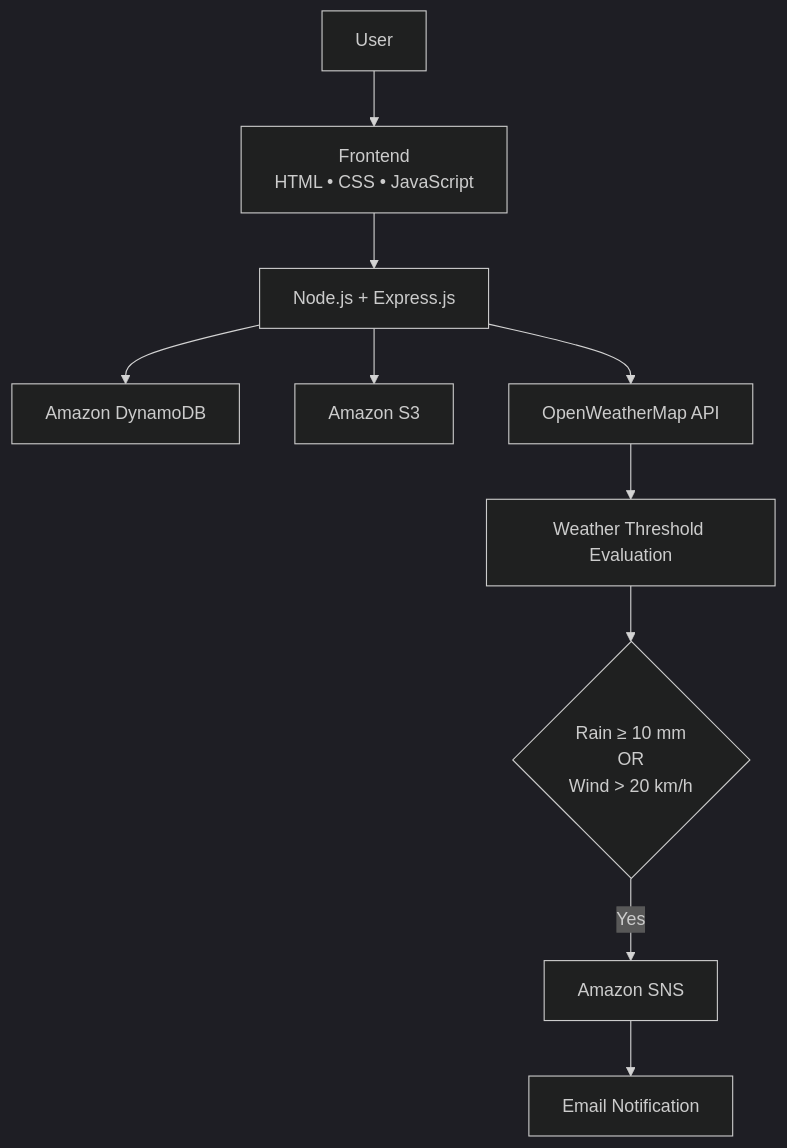
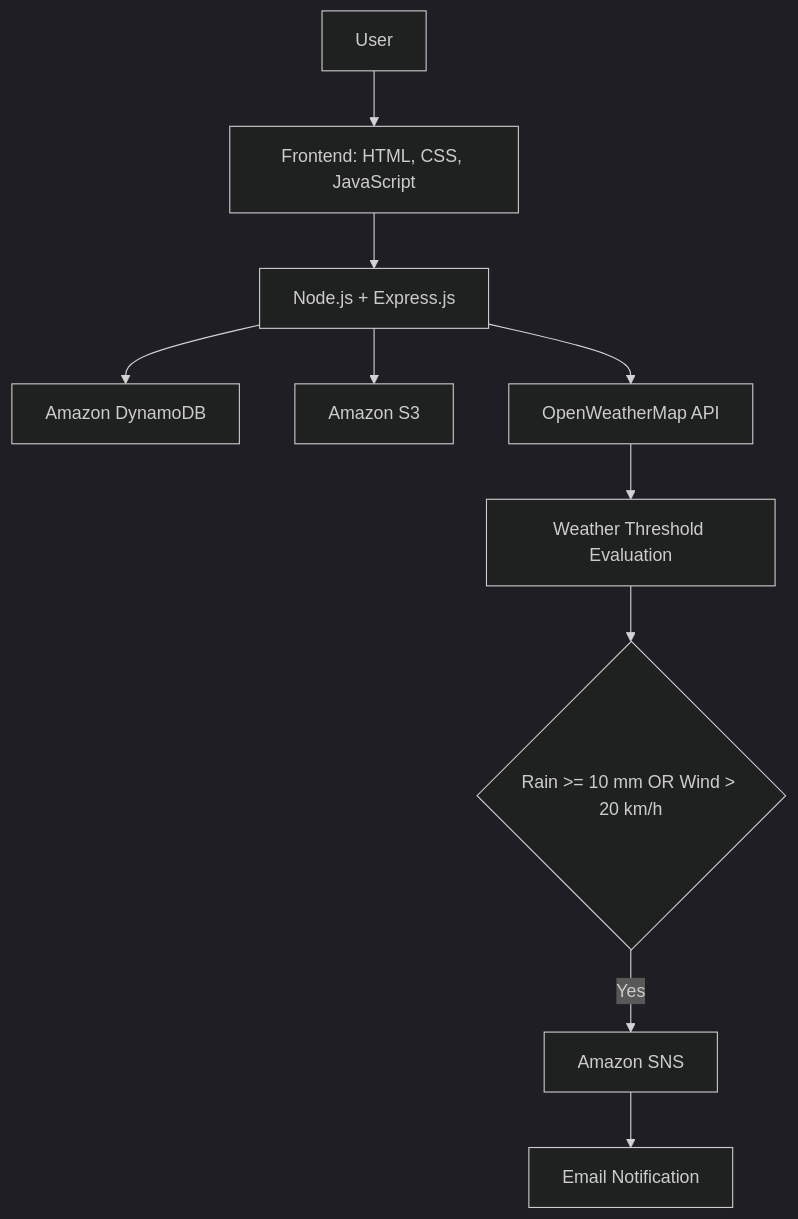
The diagram in README.md (AyushiSahai/Disaster-Alert-System), drawn with Mermaid (dark theme) before and after one commit.

````diff
--- a/README.md
+++ b/README.md
@@ -125,23 +125,17 @@
 ```mermaid
 flowchart TD
 
-A[User]
+A["User"]
+A --> B["Frontend: HTML, CSS, JavaScript"]
+B --> C["Node.js + Express.js"]
 
-A --> B[Frontend<br>HTML • CSS • JavaScript]
+C --> D["Amazon DynamoDB"]
+C --> E["Amazon S3"]
+C --> F["OpenWeatherMap API"]
 
-B --> C[Node.js + Express.js]
+F --> G["Weather Threshold Evaluation"]
+G --> H{"Rain >= 10 mm OR Wind > 20 km/h"}
 
-C --> D[Amazon DynamoDB]
-
-C --> E[Amazon S3]
-
-C --> F[OpenWeatherMap API]
-
-F --> G[Weather Threshold Evaluation]
-
-G --> H{Rain ≥ 10 mm<br/>OR<br/>Wind > 20 km/h}
-
-H -- Yes --> I[Amazon SNS]
-
-I --> J[Email Notification]
+H -- Yes --> I["Amazon SNS"]
+I --> J["Email Notification"]
 ```
````
